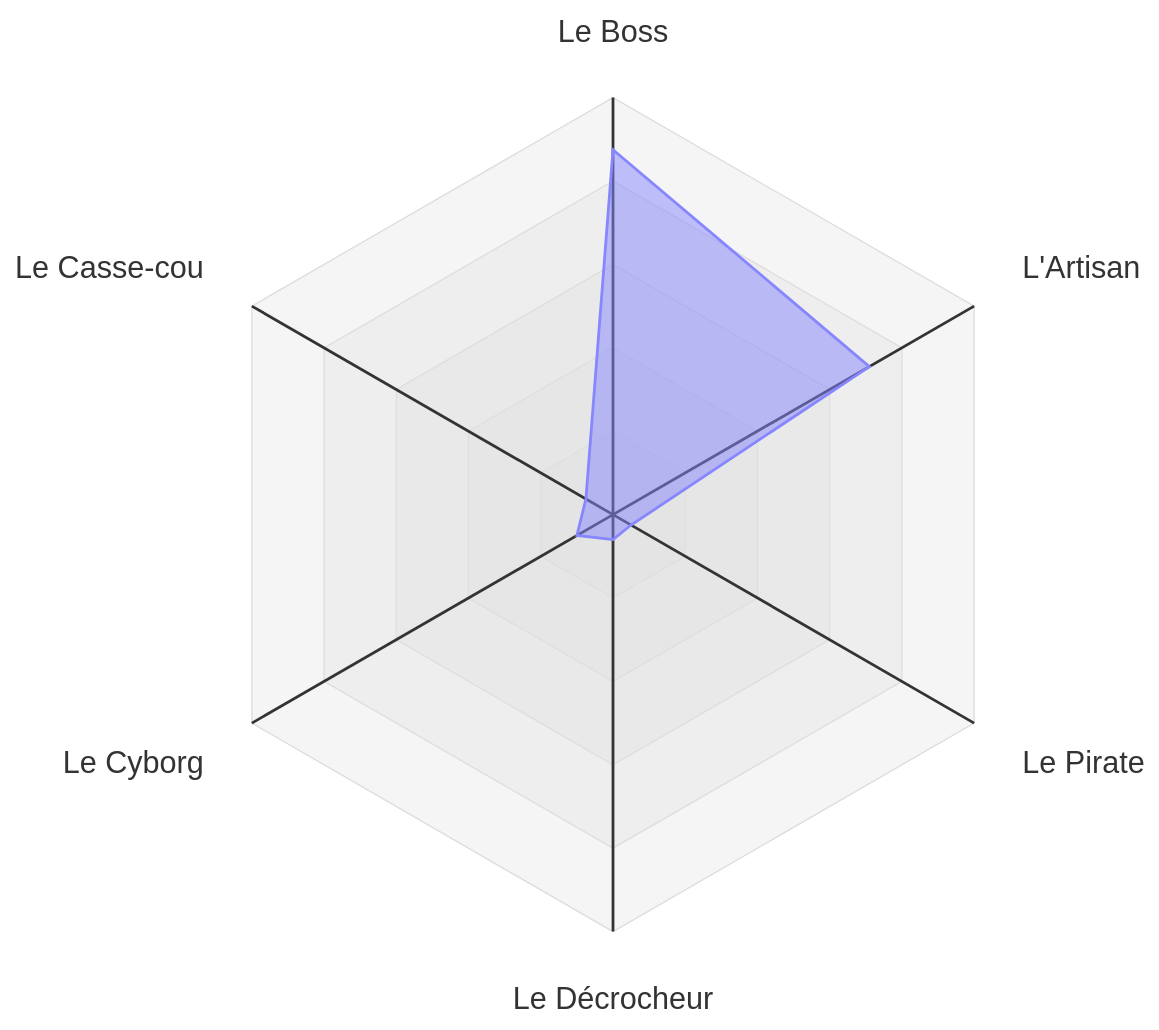
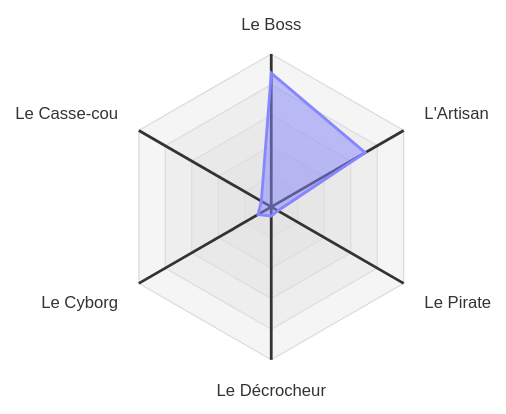
Before and after one commit to jlehuen/CodeLab: the fifth of 5 diagrams in docs/ACTIVITY_TRACKING.md, drawn with Mermaid. The commit also changed other lines of this file and 1 other file, not shown here.

````diff
--- a/docs/ACTIVITY_TRACKING.md
+++ b/docs/ACTIVITY_TRACKING.md
@@ -421,10 +467,10 @@
 ```mermaid
-%%{init: {'radar': {'marginLeft': 100, 'marginRight': 100, 'marginTop': 40, 'marginBottom': 40, 'axisLabelFactor': 1.12}, 'themeVariables': {'fontSize': '22px', 'radar': {'axisLabelFontSize': 22}}}}%%
+%%{init: {'radar': {'width': 260, 'height': 220, 'marginLeft': 45, 'marginRight': 45, 'marginTop': 18, 'marginBottom': 18, 'axisLabelFactor': 1.12}, 'themeVariables': {'fontSize': '12px', 'radar': {'axisLabelFontSize': 12}}}}%%
 radar-beta
     showLegend false
     axis boss["Le Boss"], artisan["L'Artisan"], pirate["Le Pirate"], decroch["Le Décrocheur"], cyborg["Le Cyborg"], casse["Le Casse-cou"]
     curve etud{17.5, 14.2, 1.0, 1.2, 2.0, 1.5}
     max 20
     min 0
     graticule polygon
 ```
````
